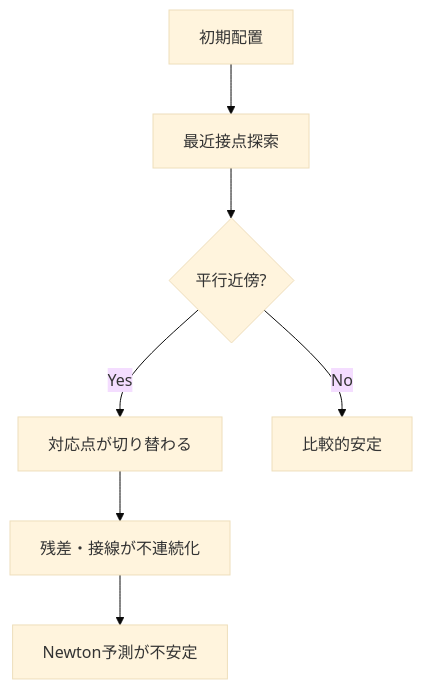
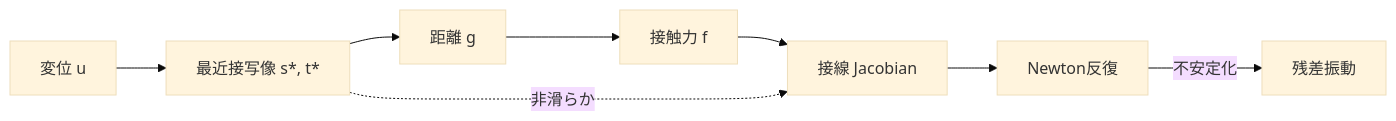
One commit to gyp0bt/zenn-article changed the diagram in articles/beam-beam-contact-2-ptp-structural-issues.md. Above: the diagram before and after it, drawn with Mermaid (base theme). The commit also changed other lines of this file, not shown here.

````diff
--- a/articles/beam-beam-contact-2-ptp-structural-issues.md
+++ b/articles/beam-beam-contact-2-ptp-structural-issues.md
@@ -43,9 +188,10 @@
 ```mermaid
-flowchart TB
-    P0[初期配置] --> P1[最近接点探索]
-    P1 --> P2{平行近傍?}
-    P2 -- Yes --> P3[対応点が切り替わる]
-    P3 --> P4[残差・接線が不連続化]
-    P4 --> P5[Newton予測が不安定]
-    P2 -- No --> P6[比較的安定]
+flowchart LR
+    U[変位 u] --> ST[最近接写像 s*, t*]
+    ST --> G[距離 g]
+    G --> F[接触力 f]
+    F --> J[接線 Jacobian]
+    ST -. 非滑らか .-> J
+    J --> N[Newton反復]
+    N -->|不安定化| R[残差振動]
 ```
````
